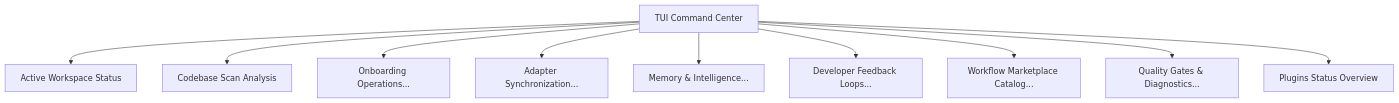
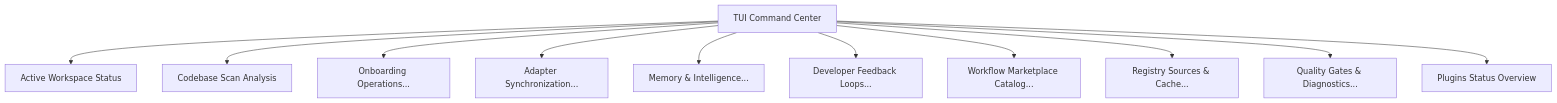
One commit to rizvee/multimodel-dev-os changed the diagram in docs/dashboard.md. Above: the diagram before and after it, drawn with Mermaid. The commit also changed other lines of this file and 26 other files, not shown here.

````diff
--- a/docs/dashboard.md
+++ b/docs/dashboard.md
@@ -31,13 +31,14 @@
 ```mermaid
 graph TD
     Dashboard[TUI Command Center]
     Dashboard --> Status[Active Workspace Status]
     Dashboard --> Scan[Codebase Scan Analysis]
     Dashboard --> Onboard[Onboarding Operations...]
     Dashboard --> Adapter[Adapter Synchronization...]
     Dashboard --> Memory[Memory & Intelligence...]
     Dashboard --> Feedback[Developer Feedback Loops...]
     Dashboard --> Catalog[Workflow Marketplace Catalog...]
+    Dashboard --> Registry[Registry Sources & Cache...]
     Dashboard --> Quality[Quality Gates & Diagnostics...]
     Dashboard --> Plugins[Plugins Status Overview]
 ```
````
